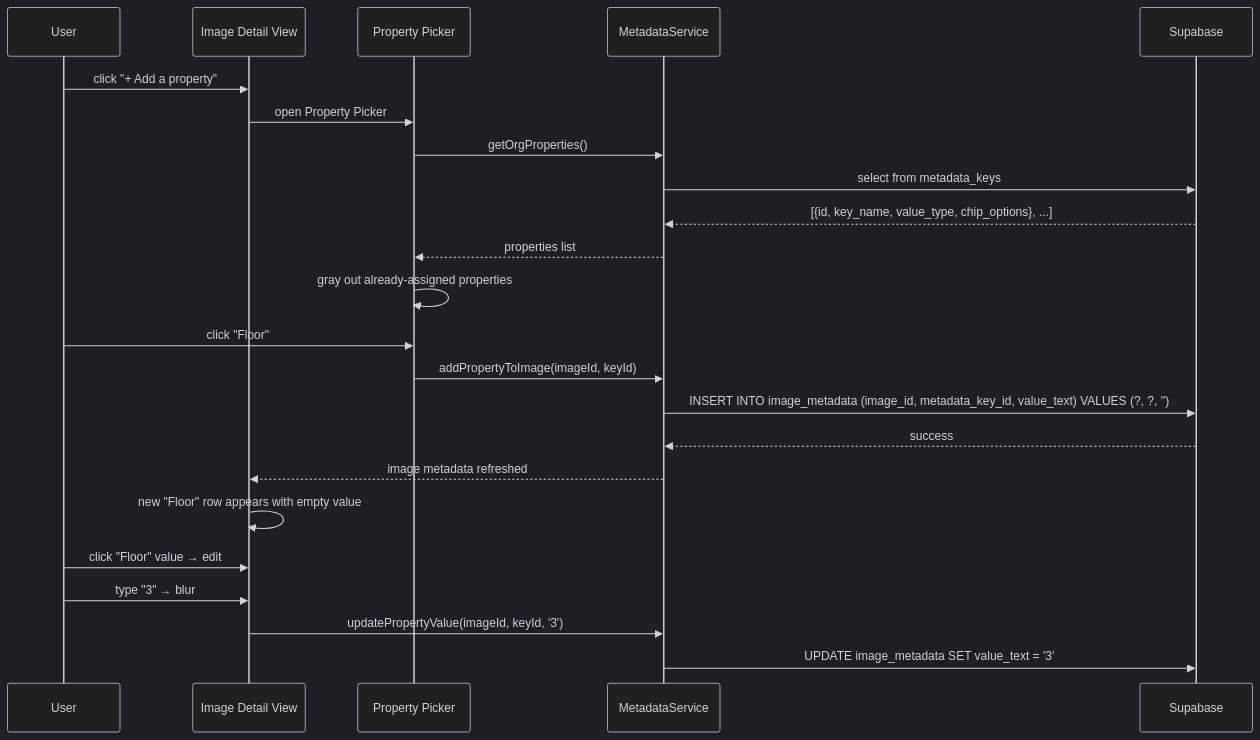
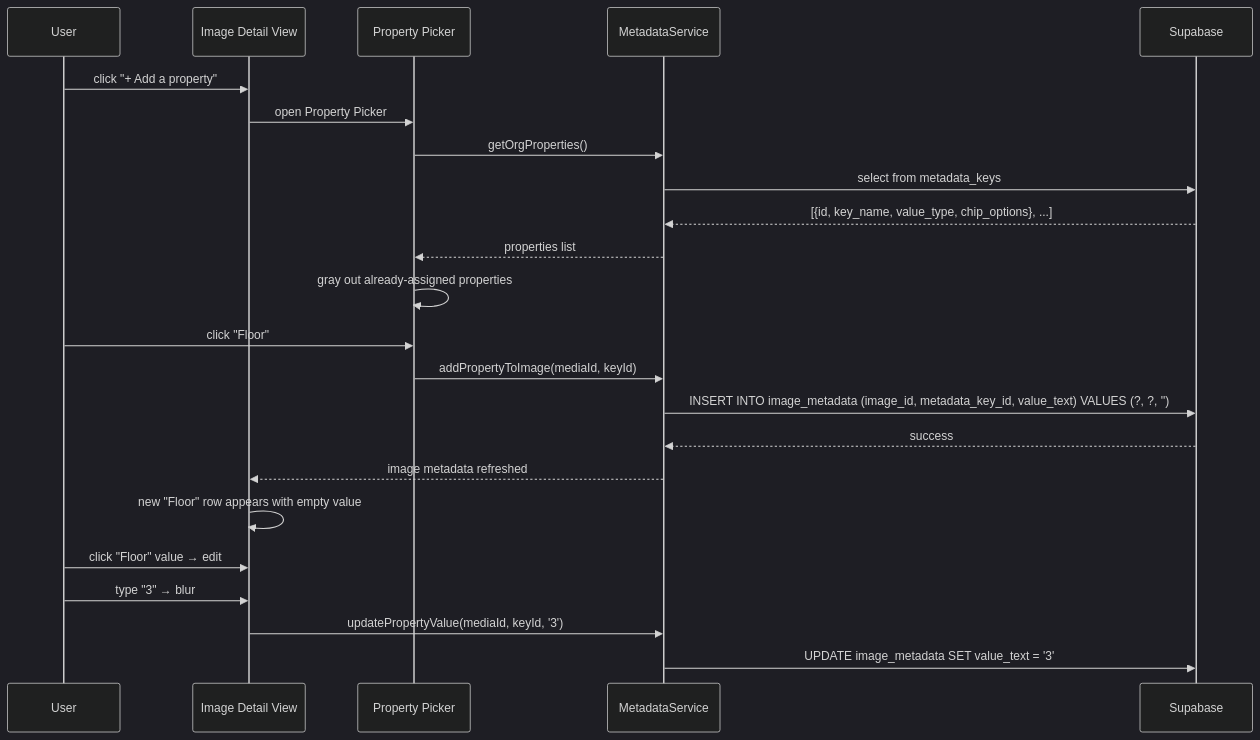
Before and after one commit to matkleve/feldpost: the fourth of 5 diagrams in docs/element-specs/custom-properties.md, drawn with Mermaid (dark theme). The commit also changed 19 other files, not shown here.

First line of the commit message:
refactor: update references from imageId to mediaId across documentation

````diff
--- a/docs/element-specs/custom-properties.md
+++ b/docs/element-specs/custom-properties.md
@@ -279,29 +279,29 @@
 ```mermaid
 sequenceDiagram
     participant U as User
     participant IDV as Image Detail View
     participant PP as Property Picker
     participant MS as MetadataService
     participant DB as Supabase
 
     U->>IDV: click "+ Add a property"
     IDV->>PP: open Property Picker
     PP->>MS: getOrgProperties()
     MS->>DB: select from metadata_keys
     DB-->>MS: [{id, key_name, value_type, chip_options}, ...]
     MS-->>PP: properties list
 
     PP->>PP: gray out already-assigned properties
 
     U->>PP: click "Floor"
-    PP->>MS: addPropertyToImage(imageId, keyId)
+    PP->>MS: addPropertyToImage(mediaId, keyId)
     MS->>DB: INSERT INTO image_metadata (image_id, metadata_key_id, value_text) VALUES (?, ?, '')
     DB-->>MS: success
     MS-->>IDV: image metadata refreshed
     IDV->>IDV: new "Floor" row appears with empty value
 
     U->>IDV: click "Floor" value → edit
     U->>IDV: type "3" → blur
-    IDV->>MS: updatePropertyValue(imageId, keyId, '3')
+    IDV->>MS: updatePropertyValue(mediaId, keyId, '3')
     MS->>DB: UPDATE image_metadata SET value_text = '3'
 ```
````
